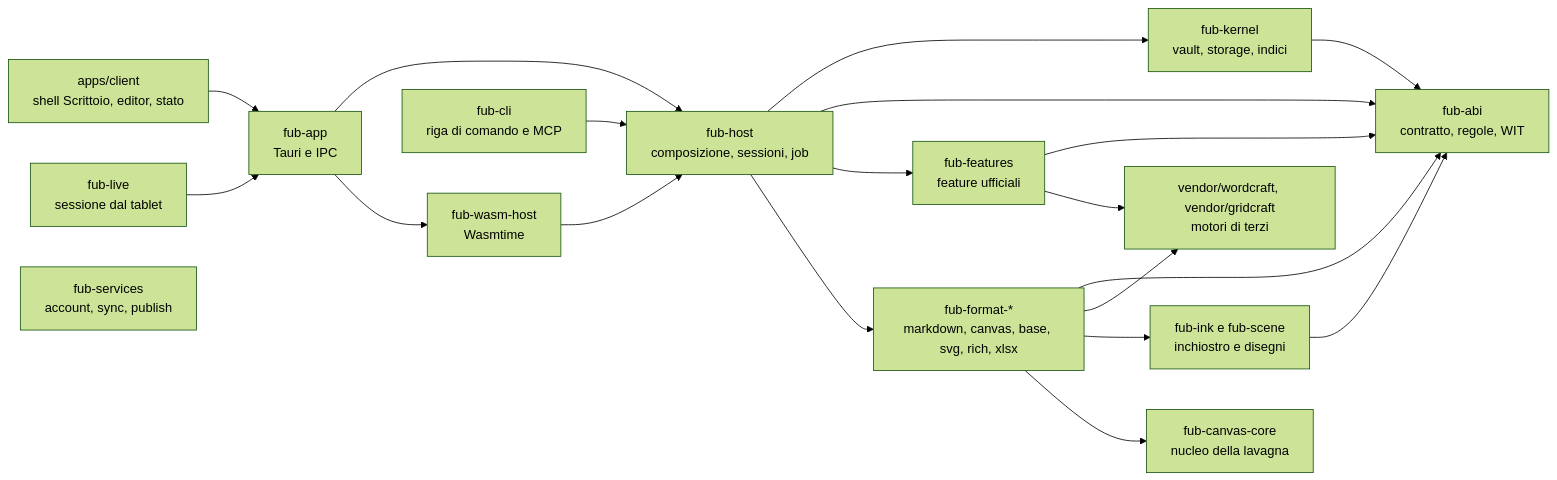
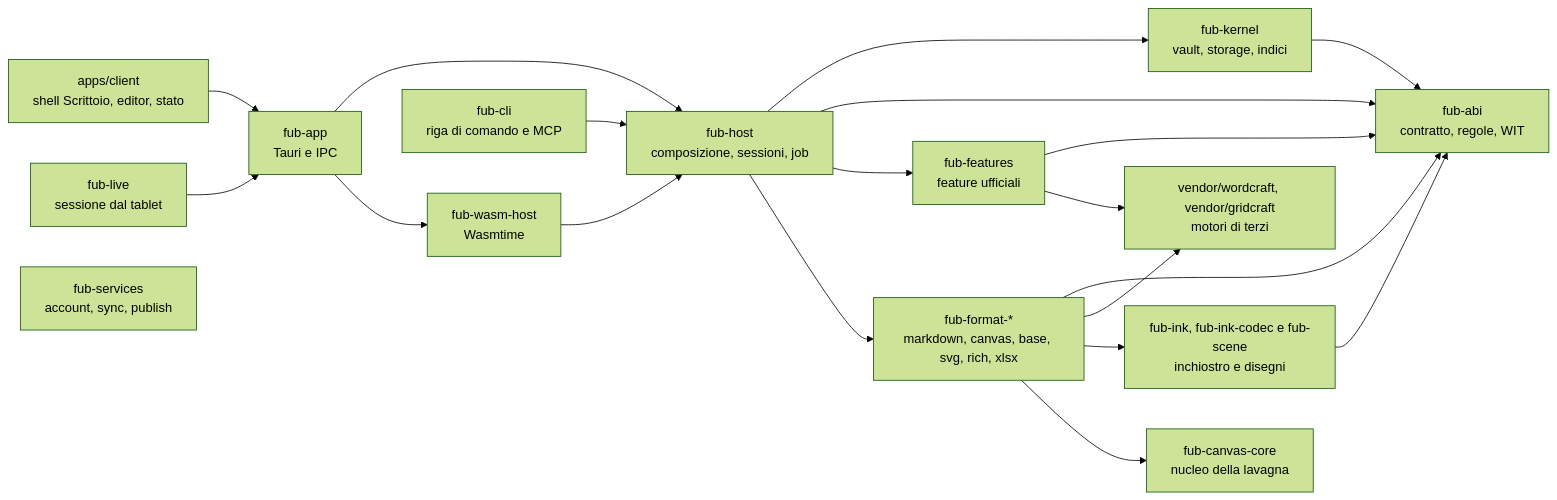
The first of 2 diagrams in docs/map/repo.md (Fubeo/Fub), drawn with Mermaid (forest theme) before and after one commit. The commit also changed other lines of this file and 3 other files, not shown here.

Commit message:
docs(ink-codec): il crate nuovo nel diagramma, nella mappa e nella 0204

````diff
--- a/docs/map/repo.md
+++ b/docs/map/repo.md
@@ -15,23 +15,23 @@
 ```mermaid
 flowchart LR
     CLIENT["apps/client<br/>shell Scrittoio, editor, stato"] --> APP["fub-app<br/>Tauri e IPC"]
     APP --> HOST["fub-host<br/>composizione, sessioni, job"]
     HOST --> KERNEL["fub-kernel<br/>vault, storage, indici"]
     KERNEL --> ABI["fub-abi<br/>contratto, regole, WIT"]
     HOST --> ABI
     FEATURES["fub-features<br/>feature ufficiali"] --> ABI
     HOST --> FEATURES
     FMT["fub-format-*<br/>markdown, canvas, base, svg, rich, xlsx"] --> ABI
     HOST --> FMT
     FMT --> VENDOR["vendor/wordcraft, vendor/gridcraft<br/>motori di terzi"]
     FEATURES --> VENDOR
-    INKSC["fub-ink e fub-scene<br/>inchiostro e disegni"] --> ABI
+    INKSC["fub-ink, fub-ink-codec e fub-scene<br/>inchiostro e disegni"] --> ABI
     FMT --> INKSC
     CANVASCORE["fub-canvas-core<br/>nucleo della lavagna"]
     FMT --> CANVASCORE
     WASM["fub-wasm-host<br/>Wasmtime"] --> HOST
     APP --> WASM
     LIVE["fub-live<br/>sessione dal tablet"] --> APP
     CLI["fub-cli<br/>riga di comando e MCP"] --> HOST
     SVCS["fub-services<br/>account, sync, publish"]
 ```
````
